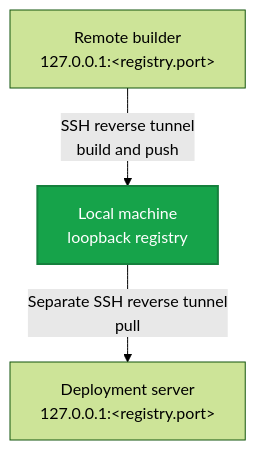
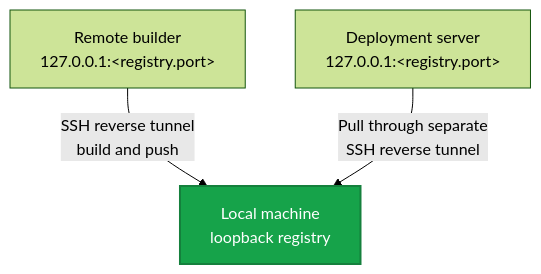
One commit to acidtib/jiji-website changed the diagram in app/docs/reference/registry/page.mdx. Above: the diagram before and after it, drawn with Mermaid (forest theme). The commit also changed 7 other files, not shown here.

````diff
--- a/app/docs/reference/registry/page.mdx
+++ b/app/docs/reference/registry/page.mdx
@@ -159,14 +159,14 @@
 ```mermaid
 flowchart TB
   accTitle: Local registry SSH tunnel flow
   accDescr: A remote builder pushes through an SSH reverse tunnel to the local registry, and deployment servers pull through separate SSH reverse tunnels.
   builder["Remote builder<br/>127.0.0.1:&lt;registry.port&gt;"]
   local["Local machine<br/>loopback registry"]
   server["Deployment server<br/>127.0.0.1:&lt;registry.port&gt;"]
 
   builder -->|"SSH reverse tunnel<br/>build and push"| local
-  local -->|"Separate SSH reverse tunnel<br/>pull"| server
+  server -->|"Pull through separate<br/>SSH reverse tunnel"| local
 
   classDef registry fill:#16a34a,color:#fff,stroke:#15803d,stroke-width:2px
   class local registry
 ```
````
